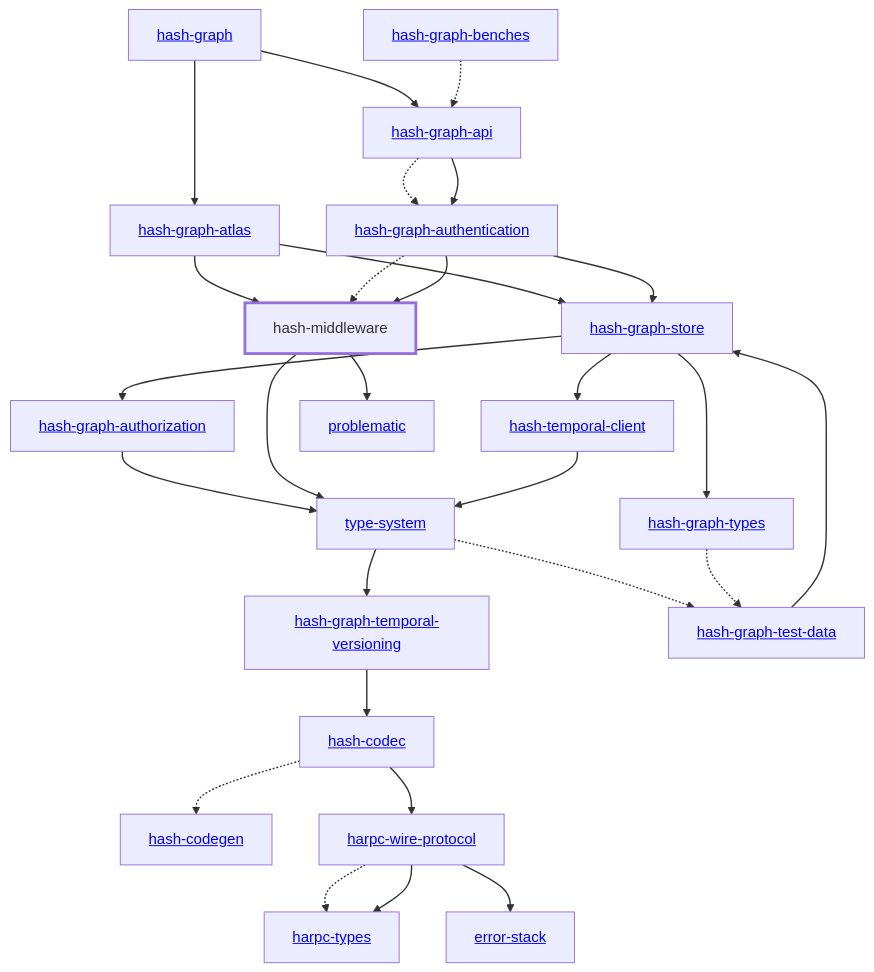
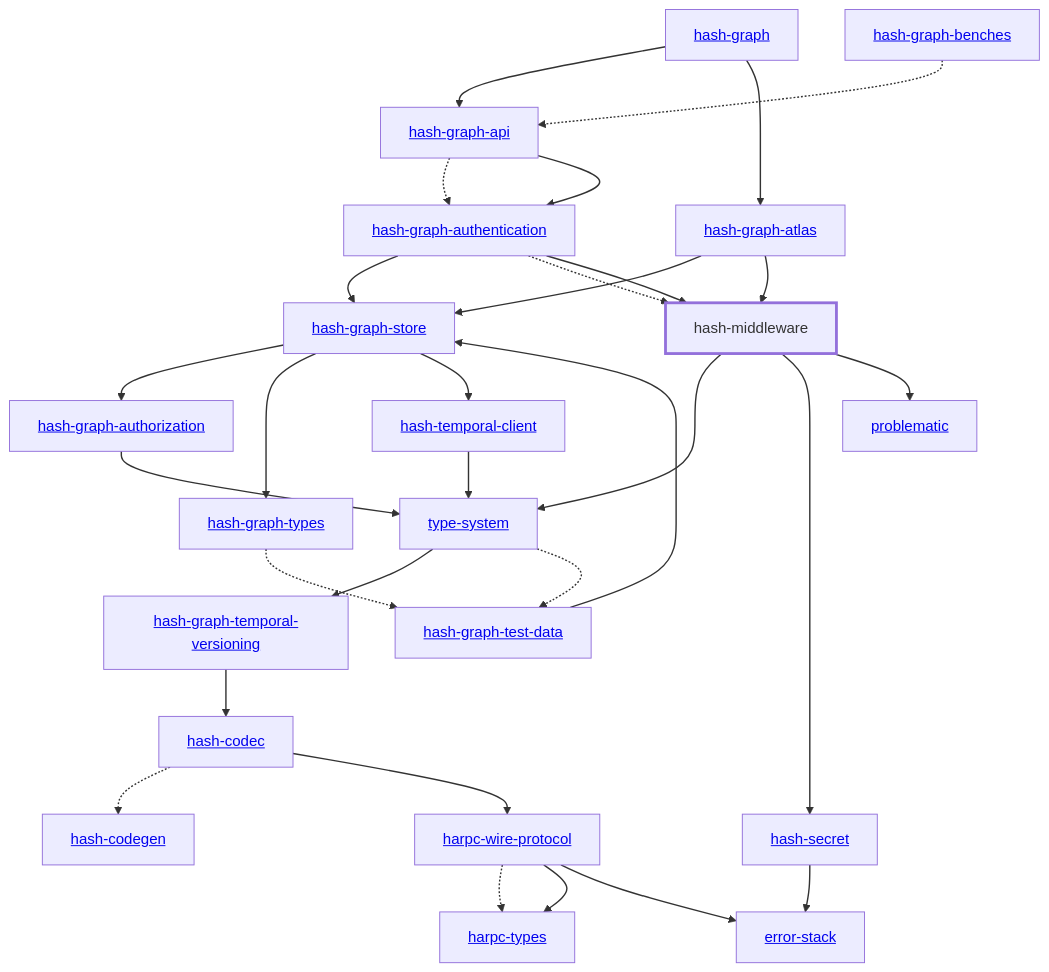
The diagram in libs/@local/middleware/docs/dependency-diagram.mmd (hashintel/hash), drawn with Mermaid before and after one commit. The commit also changed 13 other files, not shown here.

Commit message:
Regenerate the dependency diagrams

```diff
--- a/libs/@local/middleware/docs/dependency-diagram.mmd
+++ b/libs/@local/middleware/docs/dependency-diagram.mmd
@@ -1,57 +1,60 @@
 graph TD
     linkStyle default stroke-width:1.5px
     classDef default stroke-width:1px
     classDef root stroke-width:3px
     classDef dev stroke-width:1px
     classDef build stroke-width:1px
     %% Legend
     %% --> : Normal dependency
     %% -.-> : Dev dependency
     %% ---> : Build dependency
     0[<a href="../hash_graph/index.html">hash-graph</a>]
     1[<a href="../type_system/index.html">type-system</a>]
     2[<a href="../hash_codec/index.html">hash-codec</a>]
     3[<a href="../hash_codegen/index.html">hash-codegen</a>]
     4[<a href="../hash_graph_api/index.html">hash-graph-api</a>]
     5[<a href="../hash_graph_atlas/index.html">hash-graph-atlas</a>]
     6[<a href="../hash_graph_authentication/index.html">hash-graph-authentication</a>]
     7[<a href="../hash_graph_authorization/index.html">hash-graph-authorization</a>]
     8[<a href="../hash_graph_store/index.html">hash-graph-store</a>]
     9[<a href="../hash_graph_temporal_versioning/index.html">hash-graph-temporal-versioning</a>]
     10[<a href="../hash_graph_types/index.html">hash-graph-types</a>]
     11[<a href="../harpc_types/index.html">harpc-types</a>]
     12[<a href="../harpc_wire_protocol/index.html">harpc-wire-protocol</a>]
     13[hash-middleware]
     class 13 root
-    14[<a href="../hash_temporal_client/index.html">hash-temporal-client</a>]
-    15[<a href="../error_stack/index.html">error-stack</a>]
-    16[<a href="../problematic/index.html">problematic</a>]
-    17[<a href="../hash_graph_benches/index.html">hash-graph-benches</a>]
-    18[<a href="../hash_graph_test_data/index.html">hash-graph-test-data</a>]
+    14[<a href="../hash_secret/index.html">hash-secret</a>]
+    15[<a href="../hash_temporal_client/index.html">hash-temporal-client</a>]
+    16[<a href="../error_stack/index.html">error-stack</a>]
+    17[<a href="../problematic/index.html">problematic</a>]
+    18[<a href="../hash_graph_benches/index.html">hash-graph-benches</a>]
+    19[<a href="../hash_graph_test_data/index.html">hash-graph-test-data</a>]
     0 --> 4
     0 --> 5
     1 --> 9
-    1 -.-> 18
+    1 -.-> 19
     2 -.-> 3
     2 --> 12
     4 -.-> 6
     4 --> 6
     5 --> 8
     5 --> 13
     6 --> 8
     6 -.-> 13
     6 --> 13
     7 --> 1
     8 --> 7
     8 --> 10
-    8 --> 14
+    8 --> 15
     9 --> 2
-    10 -.-> 18
+    10 -.-> 19
     12 -.-> 11
     12 --> 11
-    12 --> 15
+    12 --> 16
     13 --> 1
-    13 --> 16
-    14 --> 1
-    17 -.-> 4
-    18 --> 8
+    13 --> 14
+    13 --> 17
+    14 --> 16
+    15 --> 1
+    18 -.-> 4
+    19 --> 8
```
